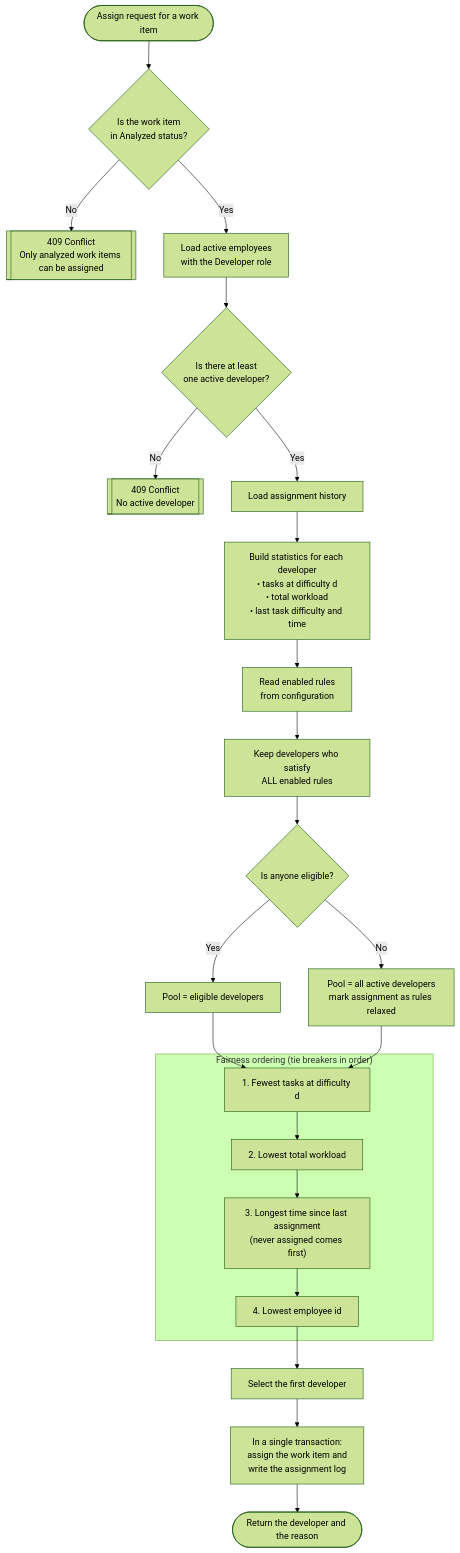
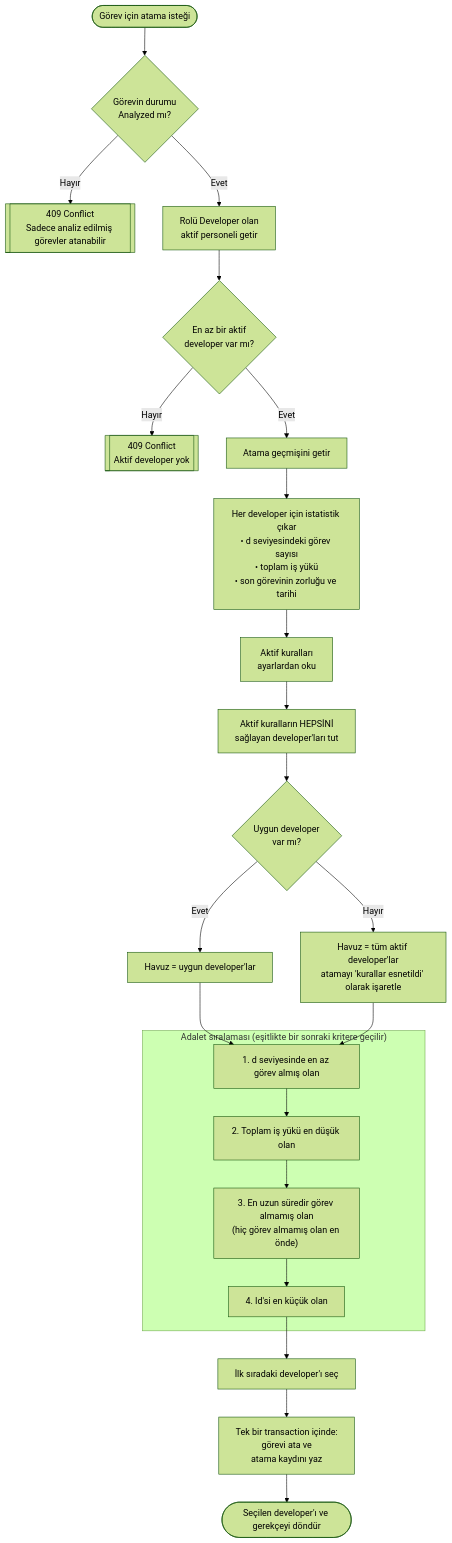
Before and after one commit to grbzemir/TaskDistribution: the first of 2 diagrams in docs/assignment-algorithm.md, drawn with Mermaid (forest theme). The commit also changed other lines of this file and 2 other files, not shown here.

Commit message:
NTLG-000 feat: edit readme and assignment

````diff
--- a/docs/assignment-algorithm.md
+++ b/docs/assignment-algorithm.md
@@ -8,31 +8,31 @@
 ```mermaid
 flowchart TD
-    Start(["Assign request for a work item"]) --> IsAnalyzed{"Is the work item<br/>in Analyzed status?"}
-    IsAnalyzed -- No --> RejectStatus[["409 Conflict<br/>Only analyzed work items can be assigned"]]
-    IsAnalyzed -- Yes --> LoadDevs["Load active employees<br/>with the Developer role"]
+    Start(["Görev için atama isteği"]) --> IsAnalyzed{"Görevin durumu<br/>Analyzed mı?"}
+    IsAnalyzed -- Hayır --> RejectStatus[["409 Conflict<br/>Sadece analiz edilmiş görevler atanabilir"]]
+    IsAnalyzed -- Evet --> LoadDevs["Rolü Developer olan<br/>aktif personeli getir"]
 
-    LoadDevs --> AnyDev{"Is there at least<br/>one active developer?"}
-    AnyDev -- No --> RejectNoDev[["409 Conflict<br/>No active developer"]]
-    AnyDev -- Yes --> LoadHistory["Load assignment history"]
+    LoadDevs --> AnyDev{"En az bir aktif<br/>developer var mı?"}
+    AnyDev -- Hayır --> RejectNoDev[["409 Conflict<br/>Aktif developer yok"]]
+    AnyDev -- Evet --> LoadHistory["Atama geçmişini getir"]
 
-    LoadHistory --> BuildStats["Build statistics for each developer<br/>• tasks at difficulty d<br/>• total workload<br/>• last task difficulty and time"]
-    BuildStats --> ReadRules["Read enabled rules<br/>from configuration"]
-    ReadRules --> Filter["Keep developers who satisfy<br/>ALL enabled rules"]
+    LoadHistory --> BuildStats["Her developer için istatistik çıkar<br/>• d seviyesindeki görev sayısı<br/>• toplam iş yükü<br/>• son görevinin zorluğu ve tarihi"]
+    BuildStats --> ReadRules["Aktif kuralları<br/>ayarlardan oku"]
+    ReadRules --> Filter["Aktif kuralların HEPSİNİ<br/>sağlayan developer'ları tut"]
 
-    Filter --> AnyEligible{"Is anyone eligible?"}
-    AnyEligible -- Yes --> PoolEligible["Pool = eligible developers"]
-    AnyEligible -- No --> PoolAll["Pool = all active developers<br/>mark assignment as rules relaxed"]
+    Filter --> AnyEligible{"Uygun developer<br/>var mı?"}
+    AnyEligible -- Evet --> PoolEligible["Havuz = uygun developer'lar"]
+    AnyEligible -- Hayır --> PoolAll["Havuz = tüm aktif developer'lar<br/>atamayı 'kurallar esnetildi' olarak işaretle"]
 
     PoolEligible --> Order1
     PoolAll --> Order1
 
-    subgraph Fairness["Fairness ordering (tie breakers in order)"]
-        Order1["1. Fewest tasks at difficulty d"] --> Order2["2. Lowest total workload"]
-        Order2 --> Order3["3. Longest time since last assignment<br/>(never assigned comes first)"]
-        Order3 --> Order4["4. Lowest employee id"]
+    subgraph Fairness["Adalet sıralaması (eşitlikte bir sonraki kritere geçilir)"]
+        Order1["1. d seviyesinde en az görev almış olan"] --> Order2["2. Toplam iş yükü en düşük olan"]
+        Order2 --> Order3["3. En uzun süredir görev almamış olan<br/>(hiç görev almamış olan en önde)"]
+        Order3 --> Order4["4. Id'si en küçük olan"]
     end
 
-    Order4 --> Select["Select the first developer"]
-    Select --> Save["In a single transaction:<br/>assign the work item and<br/>write the assignment log"]
-    Save --> Done(["Return the developer and the reason"])
+    Order4 --> Select["İlk sıradaki developer'ı seç"]
+    Select --> Save["Tek bir transaction içinde:<br/>görevi ata ve<br/>atama kaydını yaz"]
+    Save --> Done(["Seçilen developer'ı ve gerekçeyi döndür"])
 ```
````
